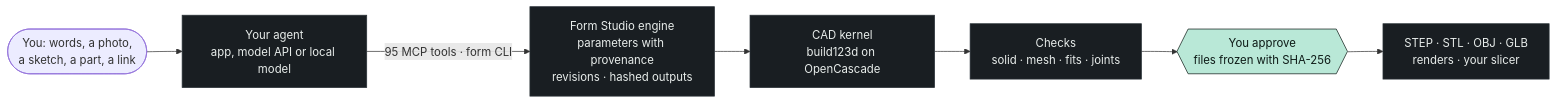
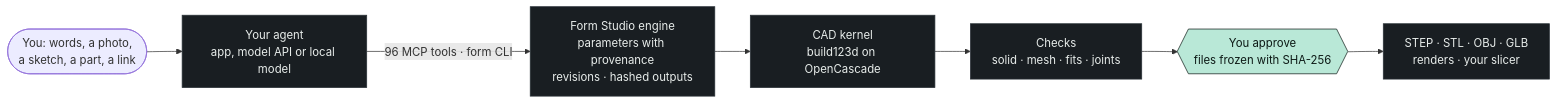
The diagram in README.md (kaizensx/form-studio), drawn with Mermaid before and after one commit. The commit also changed other lines of this file and 29 other files, not shown here.

````diff
--- a/README.md
+++ b/README.md
@@ -53,13 +53,13 @@
 ```mermaid
 flowchart LR
   you(["You: words, a photo,<br/>a sketch, a part, a link"]) --> agent["Your agent<br/>app, model API or local model"]
-  agent -- "95 MCP tools · form CLI" --> engine["Form Studio engine<br/>parameters with provenance<br/>revisions · hashed outputs"]
+  agent -- "96 MCP tools · form CLI" --> engine["Form Studio engine<br/>parameters with provenance<br/>revisions · hashed outputs"]
   engine --> kernel["CAD kernel<br/>build123d on OpenCascade"]
   kernel --> checks["Checks<br/>solid · mesh · fits · joints"]
   checks --> release{{"You approve<br/>files frozen with SHA-256"}}
   release --> out["STEP · STL · OBJ · GLB<br/>renders · your slicer"]
   classDef datum fill:#b9e8d7,stroke:#0d1a16,color:#0d1a16
   classDef plate fill:#191e22,stroke:#2a3238,color:#e8edeb
   class release datum
   class agent,engine,kernel,checks,out plate
 ```
````
